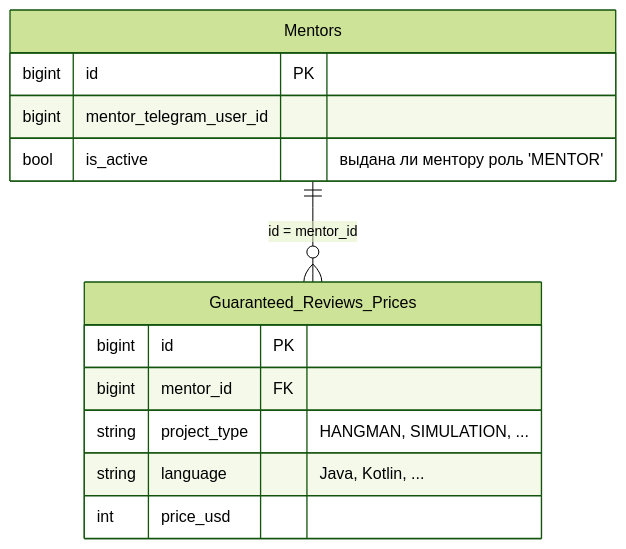
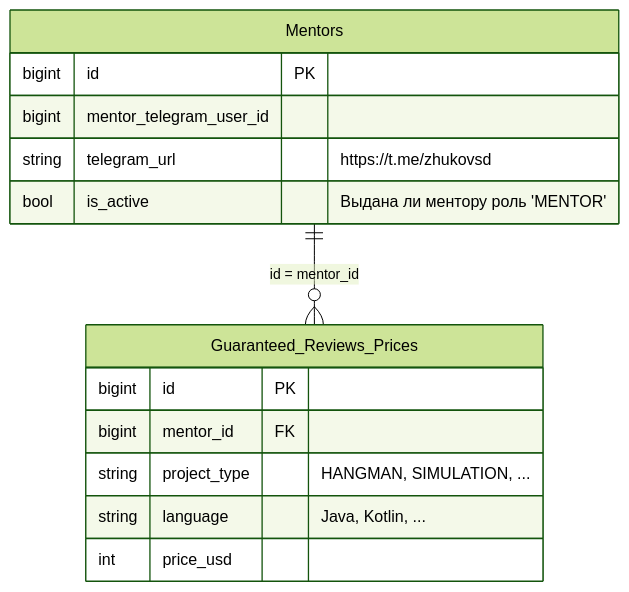
The diagram in system-analytics/services/mentor-service/index.md (it-mentor-community-platform/meta), drawn with Mermaid (forest theme) before and after one commit.

Commit message:
system analytics: mentor service - telegram url added for a mentor

````diff
--- a/system-analytics/services/mentor-service/index.md
+++ b/system-analytics/services/mentor-service/index.md
@@ -16,18 +16,19 @@
 ```mermaid
 erDiagram
     Mentors {
         bigint id PK
         bigint mentor_telegram_user_id
-        bool is_active "выдана ли ментору роль 'MENTOR'"
+        string telegram_url "https://t.me/zhukovsd"
+        bool is_active "Выдана ли ментору роль 'MENTOR'"
     }
 
     Guaranteed_Reviews_Prices {
         bigint id PK
         bigint mentor_id FK
         string project_type "HANGMAN, SIMULATION, ..."
         string language "Java, Kotlin, ..."
         int price_usd 
     }
 
     Mentors ||--o{ Guaranteed_Reviews_Prices : "id = mentor_id"
 ```
````
